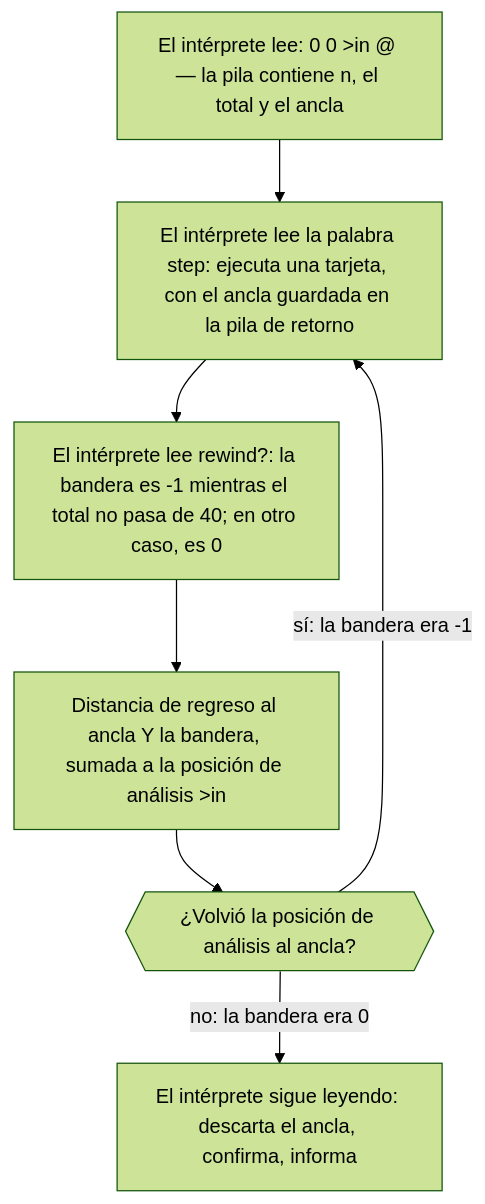
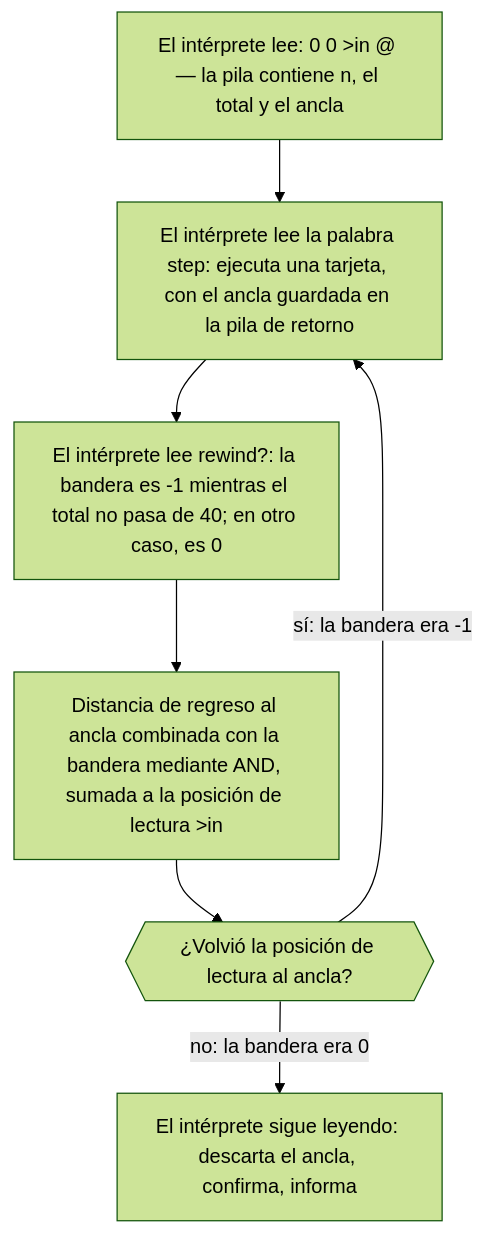
The second of 2 diagrams in lessons/guias-de-estudio/lenguajes/forth.md (dullroar/aprende-a-programar-como-un-bicho-raro), drawn with Mermaid (forest theme) before and after one commit. The commit also changed other lines of this file and 8 other files, not shown here.

````diff
--- a/lessons/guias-de-estudio/lenguajes/forth.md
+++ b/lessons/guias-de-estudio/lenguajes/forth.md
@@ -78,11 +78,11 @@
 ```mermaid
 flowchart TD
     accTitle: forth-weird: el intérprete de texto lee las mismas palabras otra vez
-    accDescr: Un diagrama de flujo. El intérprete de texto de Forth lee una línea: cero cero, luego at-in fetch, luego step, luego rewind-question. Cero cero apila el número de tarjeta y el total. At-in fetch apila la posición de análisis, que es el ancla. La palabra step ejecuta una tarjeta con el ancla guardada en la pila de retorno. La palabra rewind-question crea una bandera: menos uno mientras el total no pasa de 40, y cero en caso contrario. Combina la bandera con la distancia de vuelta al ancla y suma el resultado a la posición de análisis. Si la bandera era verdadera, la posición de análisis vuelve al ancla, así que el intérprete lee step otra vez. Si era falsa, la posición de análisis no cambia y el intérprete sigue con drop, commit y report.
+    accDescr: Un diagrama de flujo. El intérprete de texto de Forth lee una línea: cero cero, luego at-in fetch, luego step, luego rewind-question. Cero cero apila el número de tarjeta y el total. At-in fetch lee la posición de lectura actual y la apila: es el ancla. La palabra step ejecuta una tarjeta con el ancla guardada en la pila de retorno. La palabra rewind-question crea una bandera: menos uno mientras el total no pasa de 40, y cero en caso contrario. Combina la bandera con la distancia hasta el ancla mediante una operación AND y suma el resultado a la posición de lectura. Si la bandera era verdadera, la posición de lectura vuelve al ancla, así que el intérprete lee step otra vez. Si era falsa, la posición de lectura no cambia y el intérprete sigue con drop, commit y report.
     A["El intérprete lee: 0 0 #gt;in @ — la pila contiene n, el total y el ancla"] --> B["El intérprete lee la palabra step: ejecuta una tarjeta, con el ancla guardada en la pila de retorno"]
     B --> C["El intérprete lee rewind?: la bandera es -1 mientras el total no pasa de 40; en otro caso, es 0"]
-    C --> D["Distancia de regreso al ancla Y la bandera, sumada a la posición de análisis #gt;in"]
-    D --> E{{"¿Volvió la posición de análisis al ancla?"}}
+    C --> D["Distancia de regreso al ancla combinada con la bandera mediante AND, sumada a la posición de lectura #gt;in"]
+    D --> E{{"¿Volvió la posición de lectura al ancla?"}}
     E -->|"sí: la bandera era -1"| B
     E -->|"no: la bandera era 0"| F["El intérprete sigue leyendo: descarta el ancla, confirma, informa"]
 ```
````
